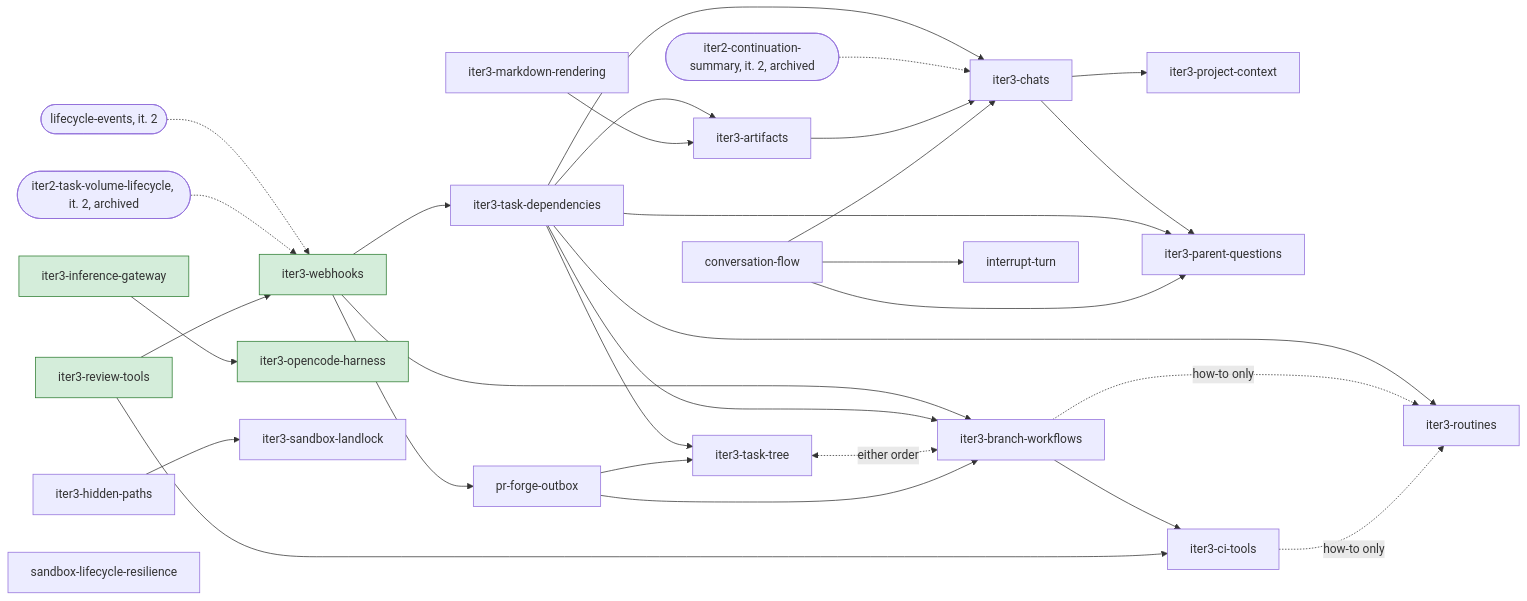
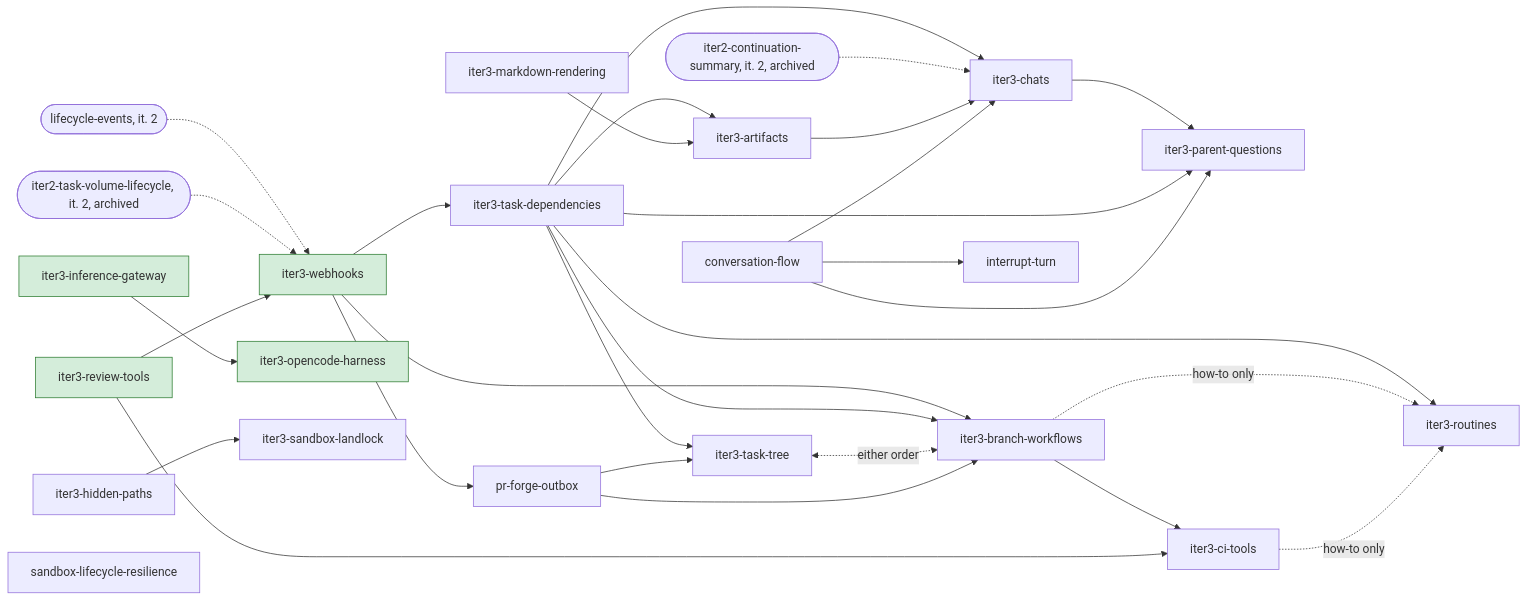
Before and after one commit to prskr/dark-factory: the diagram in product/iterations/iteration-3.md, drawn with Mermaid. The commit also changed other lines of this file and 23 other files, not shown here.

First line of the commit message:
docs: reject iter3-project-context, planning knowledge from project skills

````diff
--- a/product/iterations/iteration-3.md
+++ b/product/iterations/iteration-3.md
@@ -39,35 +39,34 @@
 ```mermaid
 flowchart LR
   LE([lifecycle-events, it. 2]) -.-> WH
   TV([iter2-task-volume-lifecycle, it. 2, archived]) -.-> WH
   RT[iter3-review-tools] --> WH[iter3-webhooks]
   WH --> TD[iter3-task-dependencies]
   TD --> CH[iter3-chats]
   CS([iter2-continuation-summary, it. 2, archived]) -.-> CH
-  CH --> PC[iter3-project-context]
   CH --> PQ[iter3-parent-questions]
   TD --> PQ
   TD --> TT[iter3-task-tree]
   TD --> AR[iter3-artifacts]
   AR --> CH
   MR[iter3-markdown-rendering] --> AR
   WH --> BW[iter3-branch-workflows]
   TD --> BW
   BW --> CI[iter3-ci-tools]
   RT --> CI
   TD --> RO[iter3-routines]
   BW -.->|how-to only| RO
   CI -.->|how-to only| RO
   TT <-.->|either order| BW
   IG[iter3-inference-gateway] --> OC[iter3-opencode-harness]
   HP[iter3-hidden-paths] --> SL[iter3-sandbox-landlock]
   WH --> PF[pr-forge-outbox]
   PF --> TT
   PF --> BW
   CF[conversation-flow] --> IT[interrupt-turn]
   CF --> PQ
   CF --> CH
   SR[sandbox-lifecycle-resilience]
   classDef done fill:#d4edda,stroke:#2e7d32
   class RT,WH,IG,OC done
 ```
````
